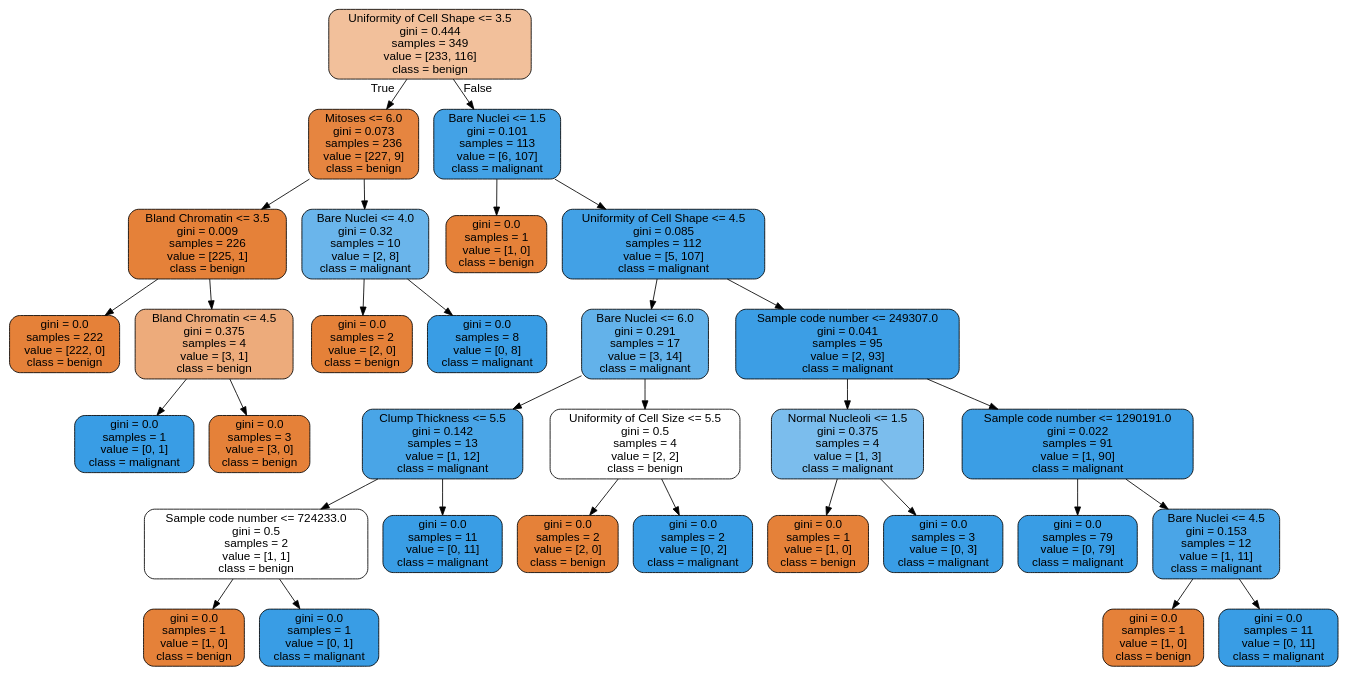
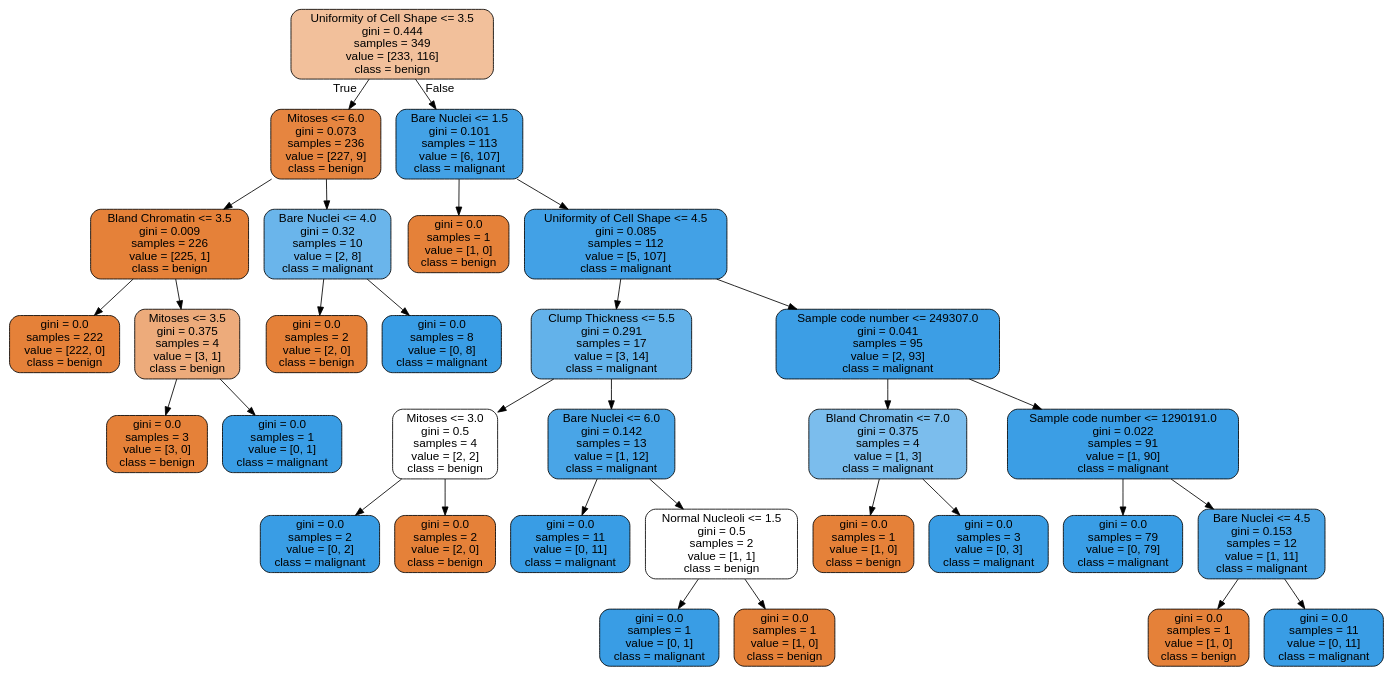
Before and after one commit to mrunders/s8-projects: the diagram in fdd/decision_tree_dotFile.dot, drawn with Graphviz. The commit also changed 2 other files, not shown here.

```diff
--- a/fdd/decision_tree_dotFile.dot
+++ b/fdd/decision_tree_dotFile.dot
@@ -1,65 +1,65 @@
 digraph Tree {
 node [shape=box, style="filled, rounded", color="black", fontname=helvetica] ;
 edge [fontname=helvetica] ;
 0 [label="Uniformity of Cell Shape <= 3.5\ngini = 0.444\nsamples = 349\nvalue = [233, 116]\nclass = benign", fillcolor="#e5813980"] ;
 1 [label="Mitoses <= 6.0\ngini = 0.073\nsamples = 236\nvalue = [227, 9]\nclass = benign", fillcolor="#e58139f5"] ;
 0 -> 1 [labeldistance=2.5, labelangle=45, headlabel="True"] ;
 2 [label="Bland Chromatin <= 3.5\ngini = 0.009\nsamples = 226\nvalue = [225, 1]\nclass = benign", fillcolor="#e58139fe"] ;
 1 -> 2 ;
 3 [label="gini = 0.0\nsamples = 222\nvalue = [222, 0]\nclass = benign", fillcolor="#e58139ff"] ;
 2 -> 3 ;
-4 [label="Bland Chromatin <= 4.5\ngini = 0.375\nsamples = 4\nvalue = [3, 1]\nclass = benign", fillcolor="#e58139aa"] ;
+4 [label="Mitoses <= 3.5\ngini = 0.375\nsamples = 4\nvalue = [3, 1]\nclass = benign", fillcolor="#e58139aa"] ;
 2 -> 4 ;
-5 [label="gini = 0.0\nsamples = 1\nvalue = [0, 1]\nclass = malignant", fillcolor="#399de5ff"] ;
+5 [label="gini = 0.0\nsamples = 3\nvalue = [3, 0]\nclass = benign", fillcolor="#e58139ff"] ;
 4 -> 5 ;
-6 [label="gini = 0.0\nsamples = 3\nvalue = [3, 0]\nclass = benign", fillcolor="#e58139ff"] ;
+6 [label="gini = 0.0\nsamples = 1\nvalue = [0, 1]\nclass = malignant", fillcolor="#399de5ff"] ;
 4 -> 6 ;
 7 [label="Bare Nuclei <= 4.0\ngini = 0.32\nsamples = 10\nvalue = [2, 8]\nclass = malignant", fillcolor="#399de5bf"] ;
 1 -> 7 ;
 8 [label="gini = 0.0\nsamples = 2\nvalue = [2, 0]\nclass = benign", fillcolor="#e58139ff"] ;
 7 -> 8 ;
 9 [label="gini = 0.0\nsamples = 8\nvalue = [0, 8]\nclass = malignant", fillcolor="#399de5ff"] ;
 7 -> 9 ;
 10 [label="Bare Nuclei <= 1.5\ngini = 0.101\nsamples = 113\nvalue = [6, 107]\nclass = malignant", fillcolor="#399de5f1"] ;
 0 -> 10 [labeldistance=2.5, labelangle=-45, headlabel="False"] ;
 11 [label="gini = 0.0\nsamples = 1\nvalue = [1, 0]\nclass = benign", fillcolor="#e58139ff"] ;
 10 -> 11 ;
 12 [label="Uniformity of Cell Shape <= 4.5\ngini = 0.085\nsamples = 112\nvalue = [5, 107]\nclass = malignant", fillcolor="#399de5f3"] ;
 10 -> 12 ;
-13 [label="Bare Nuclei <= 6.0\ngini = 0.291\nsamples = 17\nvalue = [3, 14]\nclass = malignant", fillcolor="#399de5c8"] ;
+13 [label="Clump Thickness <= 5.5\ngini = 0.291\nsamples = 17\nvalue = [3, 14]\nclass = malignant", fillcolor="#399de5c8"] ;
 12 -> 13 ;
-14 [label="Clump Thickness <= 5.5\ngini = 0.142\nsamples = 13\nvalue = [1, 12]\nclass = malignant", fillcolor="#399de5ea"] ;
+14 [label="Mitoses <= 3.0\ngini = 0.5\nsamples = 4\nvalue = [2, 2]\nclass = benign", fillcolor="#e5813900"] ;
 13 -> 14 ;
-15 [label="Sample code number <= 724233.0\ngini = 0.5\nsamples = 2\nvalue = [1, 1]\nclass = benign", fillcolor="#e5813900"] ;
+15 [label="gini = 0.0\nsamples = 2\nvalue = [0, 2]\nclass = malignant", fillcolor="#399de5ff"] ;
 14 -> 15 ;
-16 [label="gini = 0.0\nsamples = 1\nvalue = [1, 0]\nclass = benign", fillcolor="#e58139ff"] ;
-15 -> 16 ;
-17 [label="gini = 0.0\nsamples = 1\nvalue = [0, 1]\nclass = malignant", fillcolor="#399de5ff"] ;
-15 -> 17 ;
+16 [label="gini = 0.0\nsamples = 2\nvalue = [2, 0]\nclass = benign", fillcolor="#e58139ff"] ;
+14 -> 16 ;
+17 [label="Bare Nuclei <= 6.0\ngini = 0.142\nsamples = 13\nvalue = [1, 12]\nclass = malignant", fillcolor="#399de5ea"] ;
+13 -> 17 ;
 18 [label="gini = 0.0\nsamples = 11\nvalue = [0, 11]\nclass = malignant", fillcolor="#399de5ff"] ;
-14 -> 18 ;
-19 [label="Uniformity of Cell Size <= 5.5\ngini = 0.5\nsamples = 4\nvalue = [2, 2]\nclass = benign", fillcolor="#e5813900"] ;
-13 -> 19 ;
-20 [label="gini = 0.0\nsamples = 2\nvalue = [2, 0]\nclass = benign", fillcolor="#e58139ff"] ;
+17 -> 18 ;
+19 [label="Normal Nucleoli <= 1.5\ngini = 0.5\nsamples = 2\nvalue = [1, 1]\nclass = benign", fillcolor="#e5813900"] ;
+17 -> 19 ;
+20 [label="gini = 0.0\nsamples = 1\nvalue = [0, 1]\nclass = malignant", fillcolor="#399de5ff"] ;
 19 -> 20 ;
-21 [label="gini = 0.0\nsamples = 2\nvalue = [0, 2]\nclass = malignant", fillcolor="#399de5ff"] ;
+21 [label="gini = 0.0\nsamples = 1\nvalue = [1, 0]\nclass = benign", fillcolor="#e58139ff"] ;
 19 -> 21 ;
 22 [label="Sample code number <= 249307.0\ngini = 0.041\nsamples = 95\nvalue = [2, 93]\nclass = malignant", fillcolor="#399de5fa"] ;
 12 -> 22 ;
-23 [label="Normal Nucleoli <= 1.5\ngini = 0.375\nsamples = 4\nvalue = [1, 3]\nclass = malignant", fillcolor="#399de5aa"] ;
+23 [label="Bland Chromatin <= 7.0\ngini = 0.375\nsamples = 4\nvalue = [1, 3]\nclass = malignant", fillcolor="#399de5aa"] ;
 22 -> 23 ;
 24 [label="gini = 0.0\nsamples = 1\nvalue = [1, 0]\nclass = benign", fillcolor="#e58139ff"] ;
 23 -> 24 ;
 25 [label="gini = 0.0\nsamples = 3\nvalue = [0, 3]\nclass = malignant", fillcolor="#399de5ff"] ;
 23 -> 25 ;
 26 [label="Sample code number <= 1290191.0\ngini = 0.022\nsamples = 91\nvalue = [1, 90]\nclass = malignant", fillcolor="#399de5fc"] ;
 22 -> 26 ;
 27 [label="gini = 0.0\nsamples = 79\nvalue = [0, 79]\nclass = malignant", fillcolor="#399de5ff"] ;
 26 -> 27 ;
 28 [label="Bare Nuclei <= 4.5\ngini = 0.153\nsamples = 12\nvalue = [1, 11]\nclass = malignant", fillcolor="#399de5e8"] ;
 26 -> 28 ;
 29 [label="gini = 0.0\nsamples = 1\nvalue = [1, 0]\nclass = benign", fillcolor="#e58139ff"] ;
 28 -> 29 ;
 30 [label="gini = 0.0\nsamples = 11\nvalue = [0, 11]\nclass = malignant", fillcolor="#399de5ff"] ;
 28 -> 30 ;
 }
```
